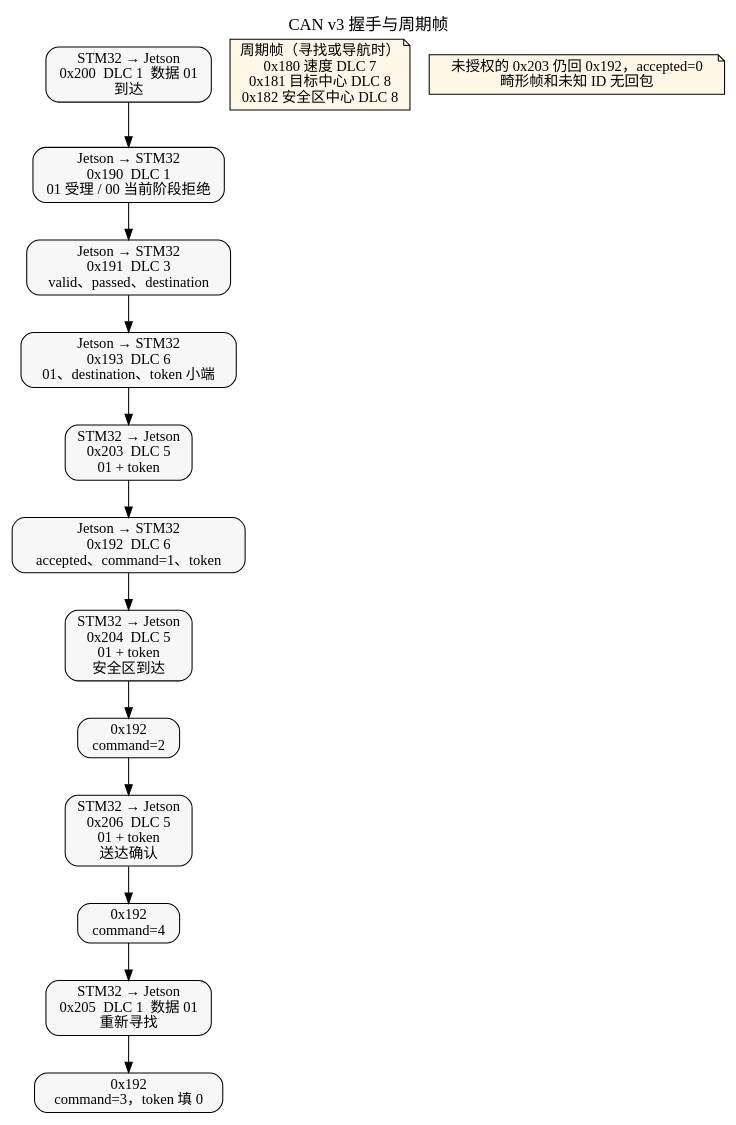
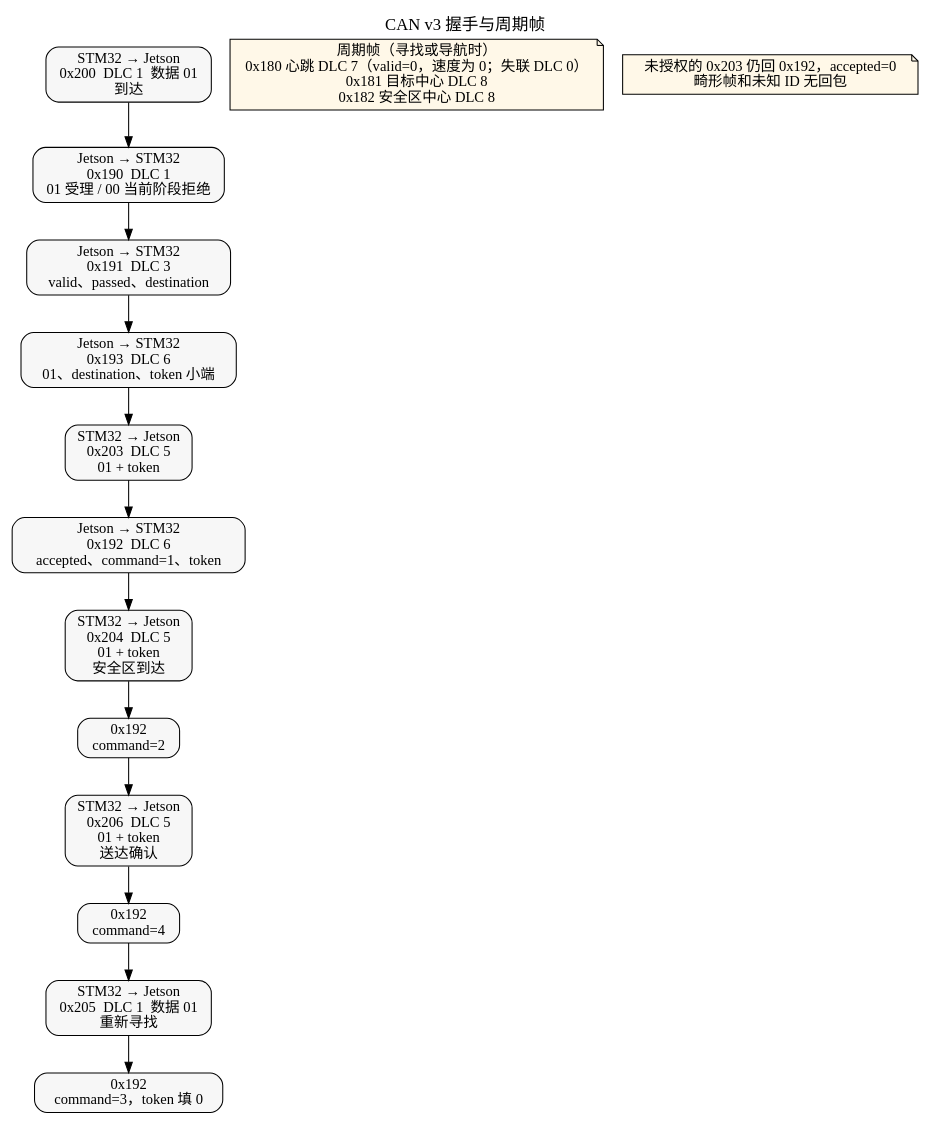
One commit to Lizzz000/gc-rescue-combined changed the diagram in Jetson/docs/flowcharts/can.dot. Above: the diagram before and after it, drawn with Graphviz. The commit also changed 17 other files, not shown here.

Commit message:
0x180 心跳化：删除 /cmd_vel 与 velocity_*，任务在线时写出前编码 valid=0 的 DLC 7，失联 DLC 0

```diff
--- a/Jetson/docs/flowcharts/can.dot
+++ b/Jetson/docs/flowcharts/can.dot
@@ -1,28 +1,28 @@
 digraph can {
   graph [
     fontname="Microsoft YaHei",
     rankdir=TB,
     label="CAN v3 握手与周期帧",
     labelloc=t,
     fontsize=16
   ];
   node [fontname="Microsoft YaHei", shape=box, style="rounded,filled", fillcolor="#f7f7f7"];
   edge [fontname="Microsoft YaHei"];
 
   f200 [label="STM32 → Jetson\n0x200  DLC 1  数据 01\n到达"];
   f190 [label="Jetson → STM32\n0x190  DLC 1\n01 受理 / 00 当前阶段拒绝"];
   f191 [label="Jetson → STM32\n0x191  DLC 3\nvalid、passed、destination"];
   f193 [label="Jetson → STM32\n0x193  DLC 6\n01、destination、token 小端"];
   f203 [label="STM32 → Jetson\n0x203  DLC 5\n01 + token"];
   f192a [label="Jetson → STM32\n0x192  DLC 6\naccepted、command=1、token"];
   f204 [label="STM32 → Jetson\n0x204  DLC 5\n01 + token\n安全区到达"];
   f192b [label="0x192\ncommand=2"];
   f206 [label="STM32 → Jetson\n0x206  DLC 5\n01 + token\n送达确认"];
   f192c [label="0x192\ncommand=4"];
   f205 [label="STM32 → Jetson\n0x205  DLC 1  数据 01\n重新寻找"];
   f192d [label="0x192\ncommand=3，token 填 0"];
-  periodic [label="周期帧（寻找或导航时）\n0x180 速度 DLC 7\n0x181 目标中心 DLC 8\n0x182 安全区中心 DLC 8", shape=note, fillcolor="#fff8e8"];
+  periodic [label="周期帧（寻找或导航时）\n0x180 心跳 DLC 7（valid=0，速度为 0；失联 DLC 0）\n0x181 目标中心 DLC 8\n0x182 安全区中心 DLC 8", shape=note, fillcolor="#fff8e8"];
 
   f200 -> f190 -> f191 -> f193 -> f203 -> f192a -> f204 -> f192b -> f206 -> f192c -> f205 -> f192d;
   note [label="未授权的 0x203 仍回 0x192，accepted=0\n畸形帧和未知 ID 无回包", shape=note, fillcolor="#fff8e8"];
 }
```
